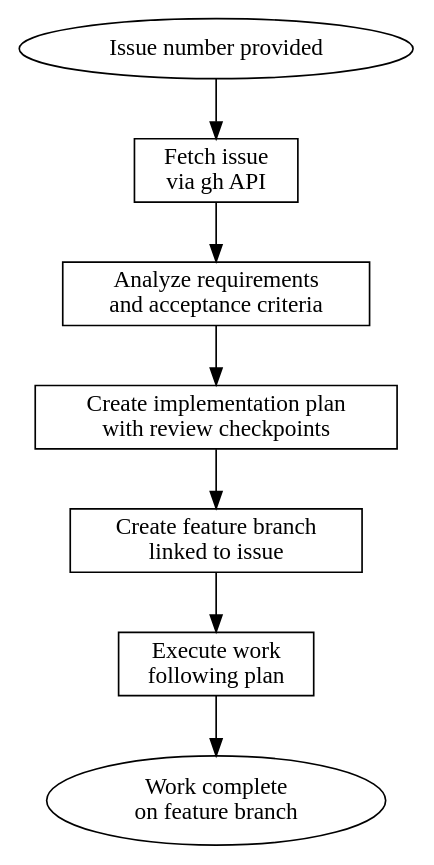
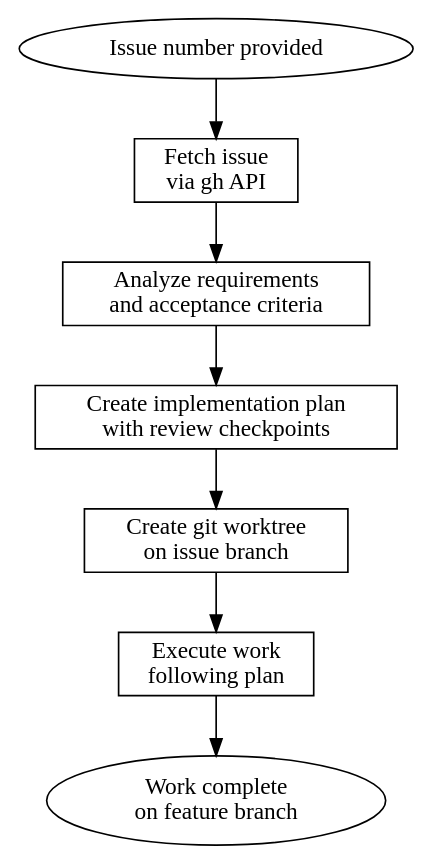
Before and after one commit to liamcrettol/rerolled: the diagram in .claude/skills/develop-github-issue/SKILL.md, drawn with Graphviz. The commit also changed other lines of this file, not shown here.

First line of the commit message:
docs: add git worktree step to develop-github-issue skill

````diff
--- a/.claude/skills/develop-github-issue/SKILL.md
+++ b/.claude/skills/develop-github-issue/SKILL.md
@@ -21,13 +21,13 @@
 ```dot
 digraph develop_issue {
     start [shape=ellipse, label="Issue number provided"];
     fetch [shape=box, label="Fetch issue\nvia gh API"];
     analyze [shape=box, label="Analyze requirements\nand acceptance criteria"];
     plan [shape=box, label="Create implementation plan\nwith review checkpoints"];
-    branch [shape=box, label="Create feature branch\nlinked to issue"];
+    branch [shape=box, label="Create git worktree\non issue branch"];
     execute [shape=box, label="Execute work\nfollowing plan"];
     end [shape=ellipse, label="Work complete\non feature branch"];
 
     start -> fetch -> analyze -> plan -> branch -> execute -> end;
 }
 ```
````
